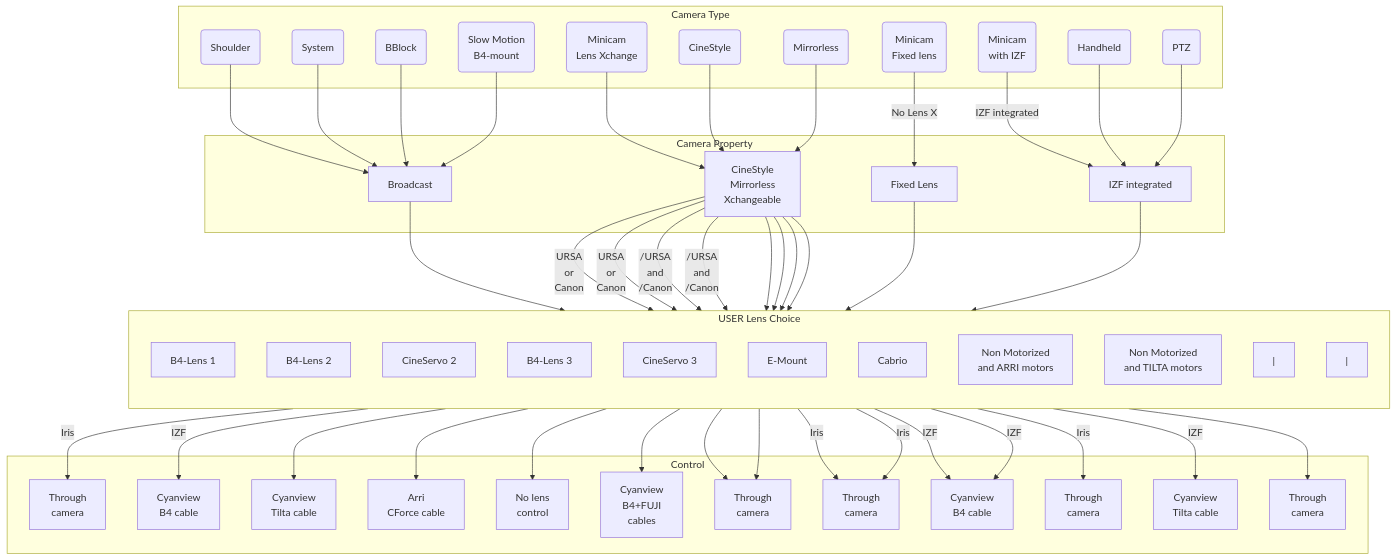
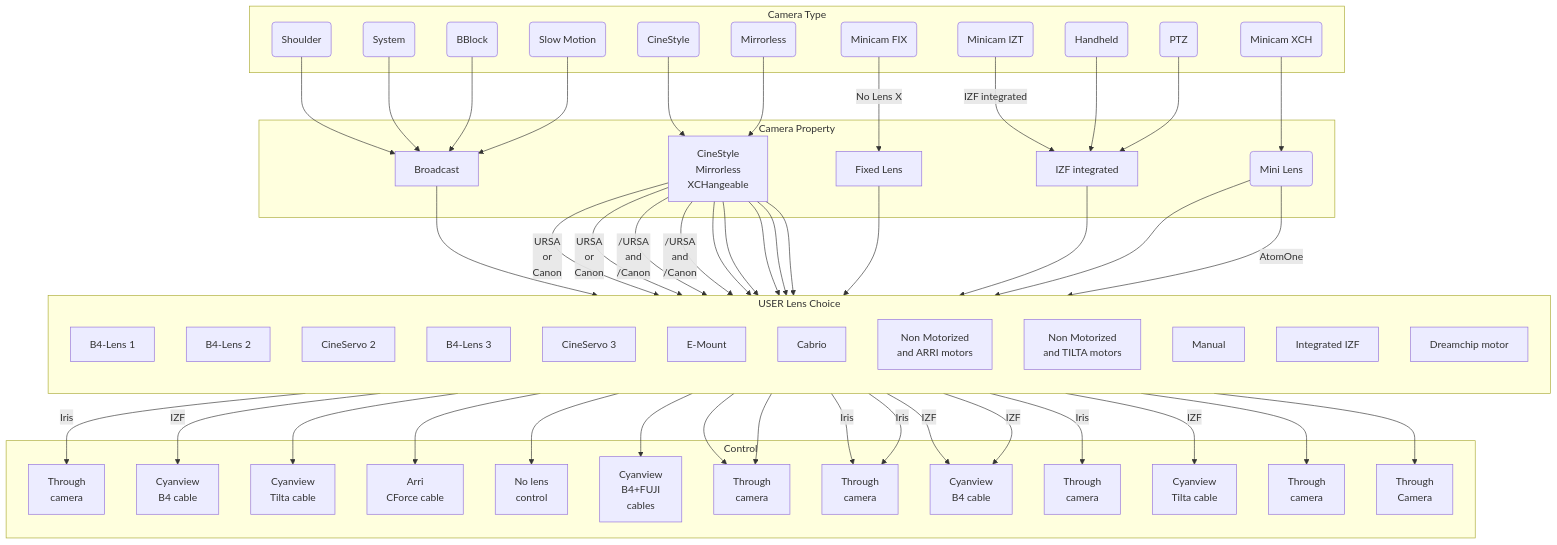
Before and after one commit to Rascarquapac/UIevaluation: the diagram in usecase/_lens_flowchart.md, drawn with Mermaid. The commit also changed 14 other files, not shown here.

```diff
--- a/usecase/_lens_flowchart.md
+++ b/usecase/_lens_flowchart.md
@@ -1,34 +1,36 @@
 :::mermaid
 flowchart TD
-    TYPE_SHOU(Shoulder) -->CAM_BROAD[Broadcast]
-    TYPE_SYST(System) -->CAM_BROAD[Broadcast]
-    TYPE_BBLB(BBlock) -->CAM_BROAD[Broadcast]
-    TYPE_SLOW(Slow Motion\nB4-mount) -->CAM_BROAD
-    TYPE_MINI_XCH-->CAM_CINE_OR_XCH
-    TYPE_CINE(CineStyle) -->CAM_CINE_OR_XCH
-    TYPE_MIRR(Mirrorless) -->CAM_CINE_OR_XCH[Cinestyle\nMirrorless]
-    TYPE_MINI_FIXNOXCH -->|No Lens X|CAM_NOXCH[Fixed Lens]
-    TYPE_MINI_WITHIZF-->|IZF integrated|CAM_IZFNOX[IZF integrated]
-    TYPE_HAND(Handheld) -->CAM_IZFNOX[IZF integrated]
-    TYPE_PTZ(PTZ) -->CAM_IZFNOX
+    TYPE_SHOU -->CAM_BROAD
+    TYPE_SYST -->CAM_BROAD
+    TYPE_BBLB -->CAM_BROAD
+    TYPE_SLOW -->CAM_BROAD
+    TYPE_CINE -->CAM_CINE_OR_XCH
+    TYPE_MIRR -->CAM_CINE_OR_XCH
+    TYPE_MINI_XCH-->CAM_MINI_XCH
+    TYPE_MINI_FIXNOXCH -->|No Lens X|CAM_NOXCH
+    TYPE_MINI_WITHIZF-->|IZF integrated|CAM_IZFNOX
+    TYPE_HAND-->CAM_IZFNOX[IZF integrated]
+    TYPE_PTZ-->CAM_IZFNOX
     subgraph Camera Type
-        TYPE_SHOU
-        TYPE_SYST
-        TYPE_BBLB
-        TYPE_SLOW
-        TYPE_MIRR
-        TYPE_CINE
-        TYPE_MINI_XCH(Minicam\nLens Xchange)
-        TYPE_MINI_WITHIZF(Minicam\nwith IZF)
-        TYPE_HAND
-        TYPE_PTZ
-        TYPE_MINI_FIXNOXCH(Minicam\nFixed lens)
+        TYPE_SHOU(Shoulder)
+        TYPE_SYST(System)
+        TYPE_BBLB(BBlock)
+        TYPE_SLOW(Slow Motion)
+        TYPE_MIRR(Mirrorless)
+        TYPE_CINE(CineStyle)
+        TYPE_MINI_WITHIZF(Minicam IZT)
+        TYPE_HAND(Handheld)
+        TYPE_PTZ(PTZ)
+        TYPE_MINI_FIXNOXCH(Minicam FIX)
+        TYPE_MINI_XCH(Minicam XCH)
+
     end
     subgraph Camera Property
         CAM_BROAD[Broadcast]
-        CAM_NOXCH
-        CAM_IZFNOX
-        CAM_CINE_OR_XCH[CineStyle\nMirrorless\nXchangeable]
+        CAM_NOXCH[Fixed Lens]
+        CAM_IZFNOX[IZF integrated]
+        CAM_CINE_OR_XCH[CineStyle<br>Mirrorless<br>XCHangeable]
+        CAM_MINI_XCH(Mini Lens)
     end
     CAM_BROAD-->LENS_B4_1
     CAM_CINE_OR_XCH-->|URSA \nor \nCanon|LENS_B4_2
@@ -39,8 +41,12 @@
     CAM_CINE_OR_XCH-->LENS_CABRIO
     CAM_CINE_OR_XCH-->LENS_NONMOT_ARRI
     CAM_CINE_OR_XCH-->LENS_NONMOT_TILT
-    CAM_NOXCH-->LENS_NO
+    CAM_CINE_OR_XCH-->LENS_MANUAL
+    CAM_NOXCH-->LENS_MANUAL
     CAM_IZFNOX-->LENS_INTER
+    CAM_MINI_XCH-->LENS_MANUAL
+    CAM_MINI_XCH-->|AtomOne|LENS_DCHIP_MOT
+
     subgraph USER Lens Choice
         direction TB
         LENS_B4_1[B4-Lens 1]
@@ -52,14 +58,15 @@
         LENS_EMOUNT[E-Mount]
         LENS_NONMOT_ARRI[Non Motorized\nand ARRI motors]
         LENS_NONMOT_TILT[Non Motorized\nand TILTA motors]
-        LENS_NO["|"]
-        LENS_INTER["|"]
+        LENS_DCHIP_MOT[Dreamchip motor]
+        LENS_MANUAL["Manual"]
+        LENS_INTER["Integrated IZF"]
     end
     LENS_B4_1-->|Iris|THROU_CAM_1
     LENS_B4_1-->|IZF|CABLE_B4_1
     LENS_NONMOT_TILT-->CABLE_TILTA
     LENS_NONMOT_ARRI-->CABLE_ARRI[Arri\nCForce cable]
-    LENS_NO-->NO_CONTROL
+    LENS_MANUAL-->NO_CONTROL
     LENS_CABRIO-->CABLE_B4_FUJI
     LENS_CINESER_2-->THROU_CAM_2
     LENS_CINESER_3-->|Iris|THROU_CAM_3
@@ -69,7 +76,8 @@
     LENS_B4_2-->THROU_CAM_2
     LENS_B4_3-->|Iris|THROU_CAM_3
     LENS_B4_3-->|IZF|CABLE_B4_3
-    LENS_INTER-->THROU_CAM_INTER[Through\ncamera]
+    LENS_INTER-->THROU_CAM_INTER[Through<br>camera]
+    LENS_DCHIP_MOT-->THROU_CAM_DCHIP[Through<br>camera]
     subgraph Control
        CABLE_B4_1[Cyanview\nB4 cable]
        CABLE_B4_3[Cyanview\nB4 cable]
@@ -77,11 +85,12 @@
        CABLE_TILTA[Cyanview\nTilta cable]
        CABLE_TILTA_4[Cyanview\nTilta cable]
        CABLE_ARRI
-       THROU_CAM_1[Through\ncamera]
-       THROU_CAM_2[Through\ncamera]
-       THROU_CAM_3[Through\ncamera]
-       THROU_CAM_4[Through\ncamera]
-       THROU_CAM_INTER[Through\ncamera]
+       THROU_CAM_1[Through<br>camera]
+       THROU_CAM_2[Through<br>camera]
+       THROU_CAM_3[Through<br>camera]
+       THROU_CAM_4[Through<br>camera]
+       THROU_CAM_INTER[Through<br>camera]
+       THROU_CAM_DCHIP[Through<br>Camera]
        NO_CONTROL[No lens\ncontrol]
     end
 :::
```
